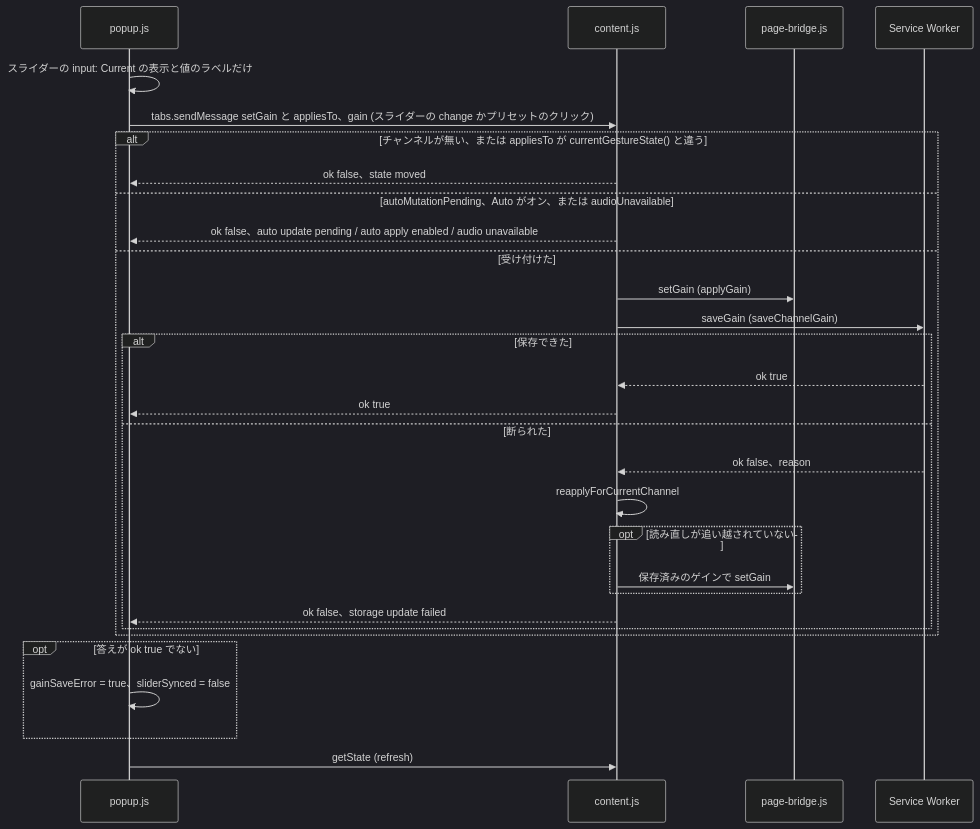
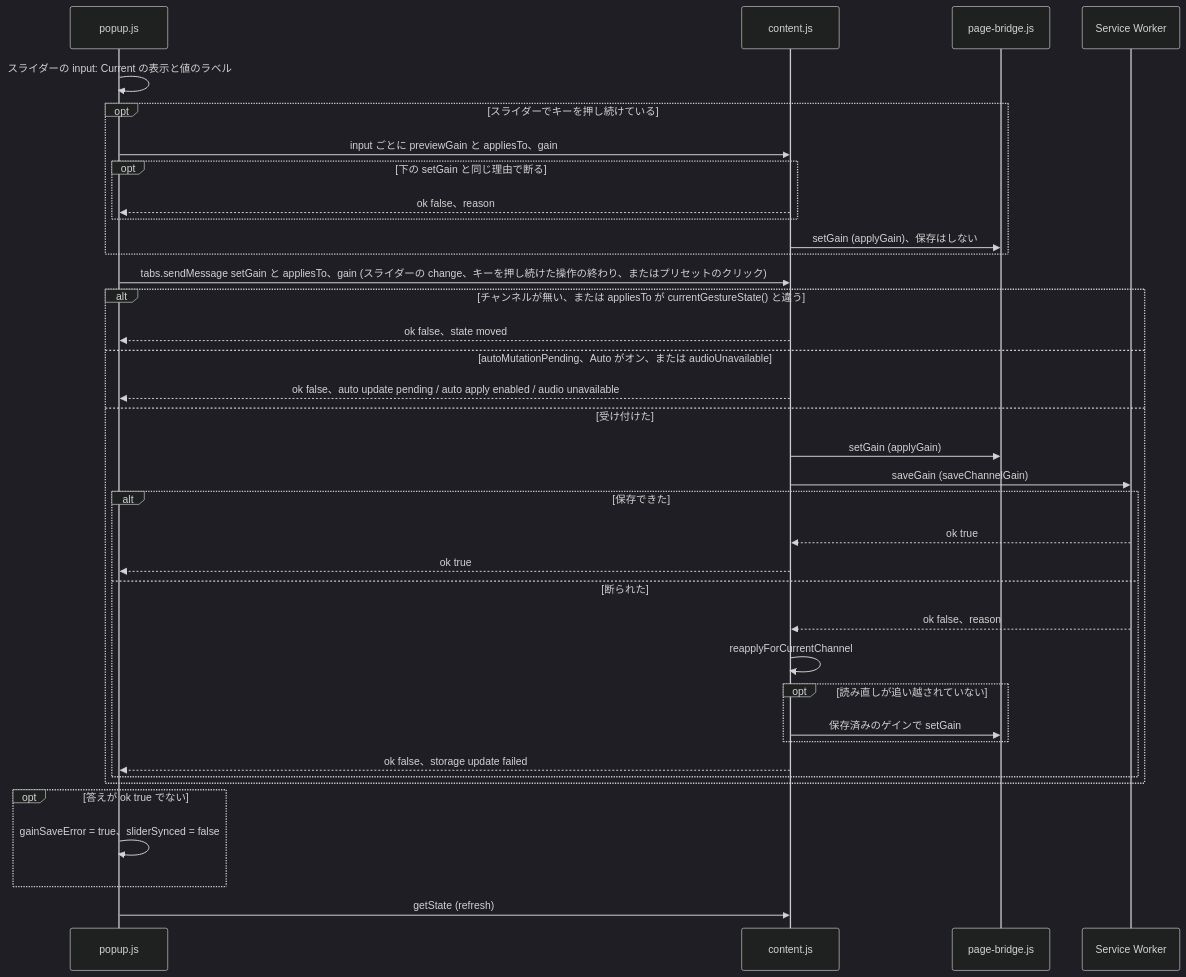
Before and after one commit to semnil/twitch-channel-volume: the sixth of 17 diagrams in docs/gain-change-and-save.ja.md, drawn with Mermaid (dark theme). The commit also changed other lines of this file and 7 other files, not shown here.

````diff
--- a/docs/gain-change-and-save.ja.md
+++ b/docs/gain-change-and-save.ja.md
@@ -253,32 +253,39 @@
 ```mermaid
 sequenceDiagram
   participant popup as popup.js
   participant content as content.js
   participant bridge as page-bridge.js
   participant sw as Service Worker
-  popup->>popup: スライダーの input: Current の表示と値のラベルだけ
-  popup->>content: tabs.sendMessage setGain と appliesTo、gain (スライダーの change かプリセットのクリック)
+  popup->>popup: スライダーの input: Current の表示と値のラベル
+  opt スライダーでキーを押し続けている
+    popup->>content: input ごとに previewGain と appliesTo、gain
+    opt 下の setGain と同じ理由で断る
+      content-->>popup: ok false、reason
+    end
+    content->>bridge: setGain (applyGain)、保存はしない
+  end
+  popup->>content: tabs.sendMessage setGain と appliesTo、gain (スライダーの change、キーを押し続けた操作の終わり、またはプリセットのクリック)
   alt チャンネルが無い、または appliesTo が currentGestureState() と違う
     content-->>popup: ok false、state moved
   else autoMutationPending、Auto がオン、または audioUnavailable
     content-->>popup: ok false、auto update pending / auto apply enabled / audio unavailable
   else 受け付けた
     content->>bridge: setGain (applyGain)
     content->>sw: saveGain (saveChannelGain)
     alt 保存できた
       sw-->>content: ok true
       content-->>popup: ok true
     else 断られた
       sw-->>content: ok false、reason
       content->>content: reapplyForCurrentChannel
       opt 読み直しが追い越されていない
         content->>bridge: 保存済みのゲインで setGain
       end
       content-->>popup: ok false、storage update failed
     end
   end
   opt 答えが ok true でない
     popup->>popup: gainSaveError = true、sliderSynced = false
   end
   popup->>content: getState (refresh)
 ```
````
